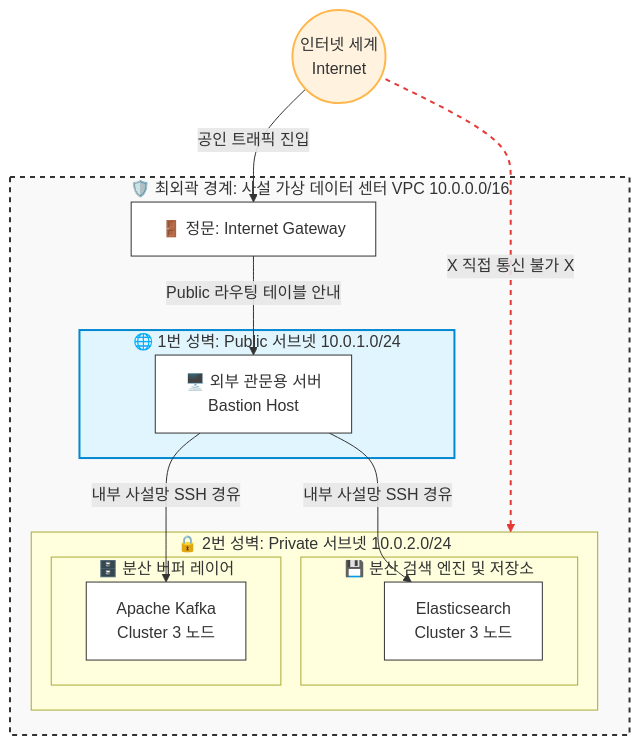
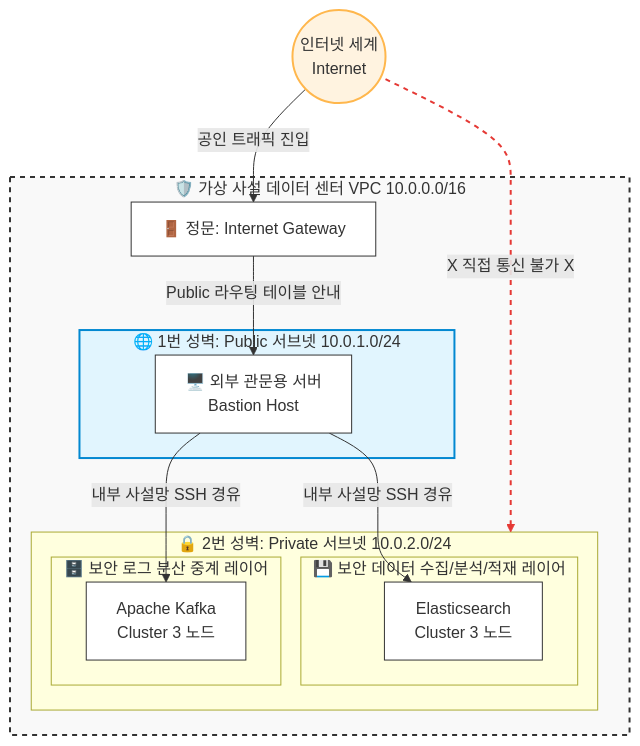
One commit to dra2sun7/automated-ha-cluster-ops changed the diagram in docs/ARCHITECTURE.md. Above: the diagram before and after it, drawn with Mermaid. The commit also changed other lines of this file, not shown here.

First line of the commit message:
Revise AWS VPC architecture and subnet roles

````diff
--- a/docs/ARCHITECTURE.md
+++ b/docs/ARCHITECTURE.md
@@ -9,50 +11,50 @@
 ```mermaid
 graph TD
     %% 글로벌 스타일 정의
     classDef vpcStyle fill:#f9f9f9,stroke:#333,stroke-width:2px,stroke-dasharray: 5 5;
     classDef publicStyle fill:#e1f5fe,stroke:#0288d1,stroke-width:2px;
     classDef privateStyle fill:#efebe9,stroke:#5d4037,stroke-width:2px;
     classDef nodeStyle fill:#fff,stroke:#333,stroke-width:1px;
     classDef internetStyle fill:#fff3e0,stroke:#ffb74d,stroke-width:2px;
 
     %% 외부 인터넷 세계
     Internet((인터넷 세계<br>Internet)):::internetStyle
 
     %% AWS VPC 경계
-    subgraph VPC [🛡️ 최외곽 경계: 사설 가상 데이터 센터 VPC 10.0.0.0/16]
+    subgraph VPC [🛡️ 가상 사설 데이터 센터 VPC 10.0.0.0/16]
         IGW[🚪 정문: Internet Gateway]:::nodeStyle
         
         %% Public 서브넷 구역
         subgraph PublicSubnet [🌐 1번 성벽: Public 서브넷 10.0.1.0/24]
             Bastion[🖥️ 외부 관문용 서버<br>Bastion Host]:::nodeStyle
         end
         
         %% Private 서브넷 구역
         subgraph PrivateSubnet [🔒 2번 성벽: Private 서브넷 10.0.2.0/24]
-            subgraph KafkaCluster [🗄️ 분산 버퍼 레이어]
+            subgraph KafkaCluster [🗄️ 보안 로그 분산 중계 레이어]
                 Kafka[Apache Kafka<br>Cluster 3 노드]:::nodeStyle
             end
             
-            subgraph ESCluster [💾 분산 검색 엔진 및 저장소]
+            subgraph ESCluster [💾 보안 데이터 수집/분석/적재 레이어]
                 ES[Elasticsearch<br>Cluster 3 노드]:::nodeStyle
             end
         end
     end
 
     %% 클래스 지정
     class VPC vpcStyle;
     class PublicSubnet publicStyle;
     class PrivateSubnet privateStyle;
 
     %% 트래픽 흐름 및 차단 관계 선언
     Internet -->|공인 트래픽 진입| IGW
     IGW -->|Public 라우팅 테이블 안내| Bastion
     Bastion -->|내부 사설망 SSH 경유| Kafka
     Bastion -->|내부 사설망 SSH 경유| ES
     
     %% 외부 차단선 표현
     Internet -.->|X 직접 통신 불가 X| PrivateSubnet
 
     %% 링크 스타일링 (차단선 빨간색 강조)
     linkStyle 4 stroke:#e53935,stroke-width:2px,stroke-dasharray: 5 5;
 ```
````
